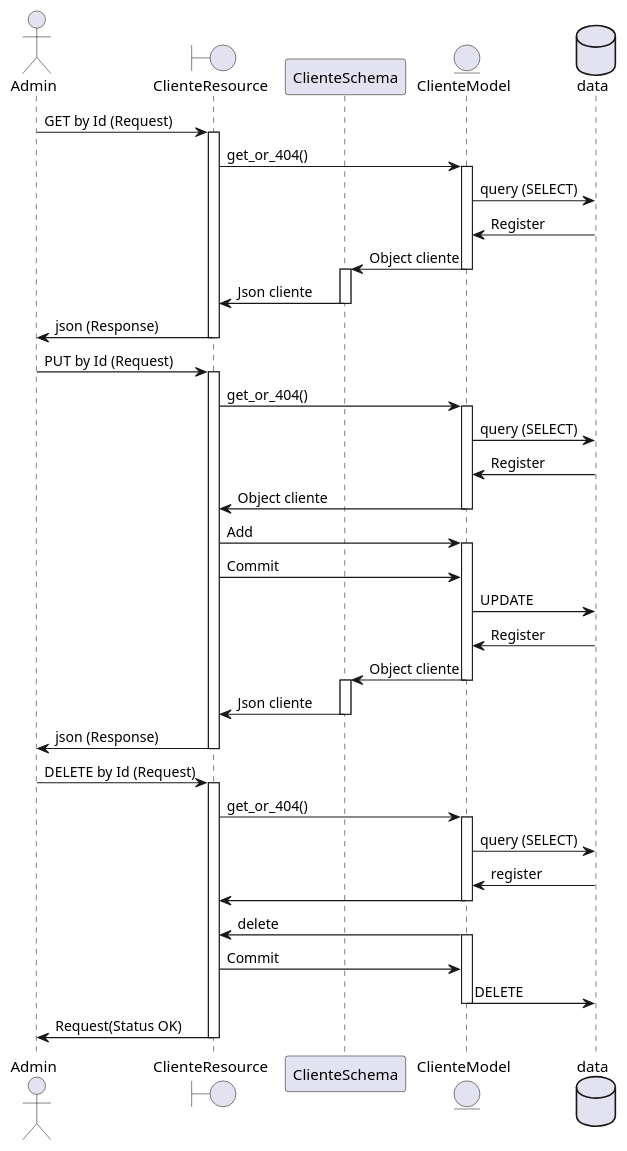
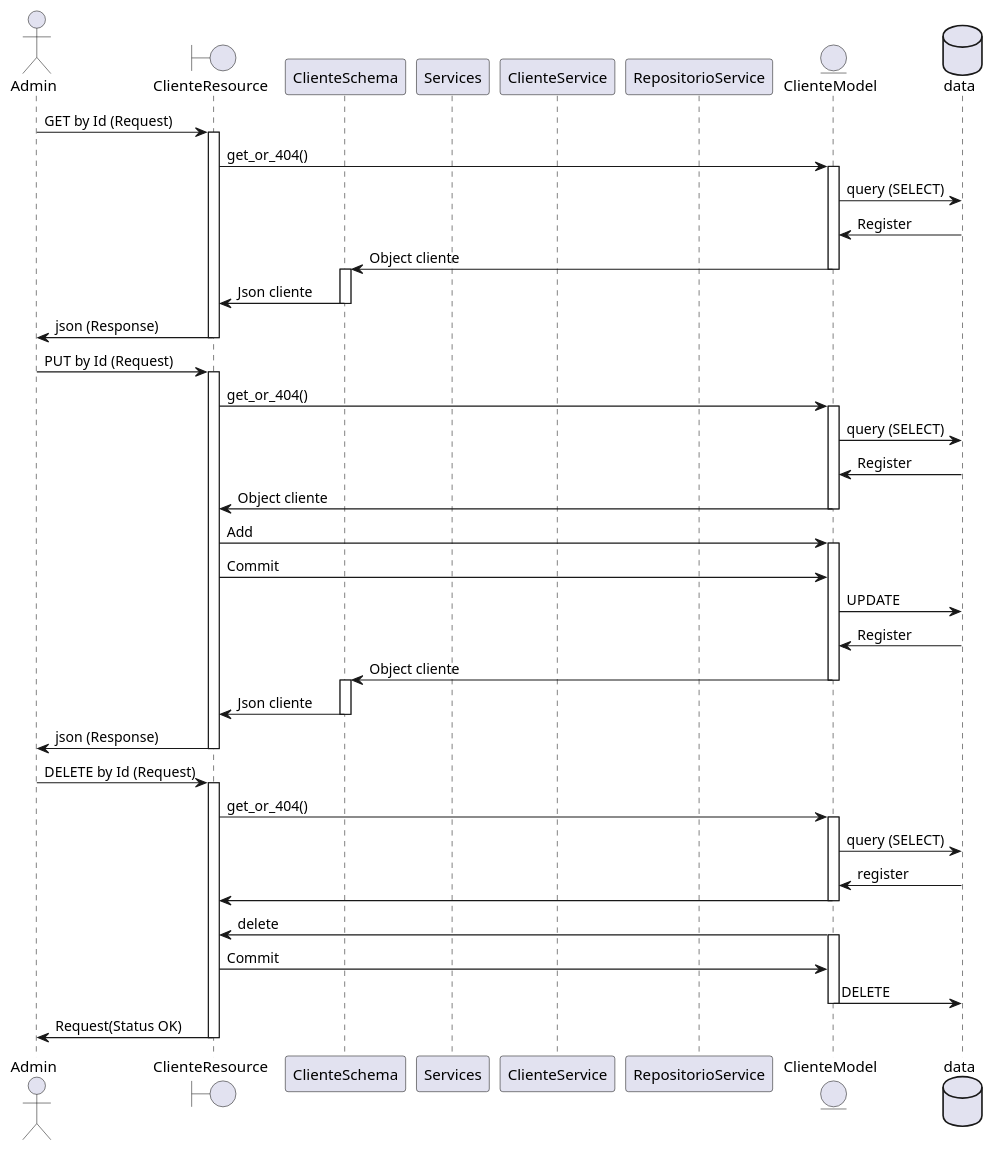
One commit to Ollyxs/Bookmaker-DS changed the diagram in docs/diagrama_de_secuencias_cliente.puml. Above: the diagram before and after it, drawn with PlantUML. The commit also changed 7 other files, not shown here.

```diff
--- a/docs/diagrama_de_secuencias_cliente.puml
+++ b/docs/diagrama_de_secuencias_cliente.puml
@@ -1,57 +1,60 @@
 @startuml
 actor Admin
 boundary ClienteResource
 participant ClienteSchema
+participant Services
+participant ClienteService
+participant RepositorioService
 entity ClienteModel
 database data
 Admin -> ClienteResource: GET by Id (Request)
 activate ClienteResource
 ClienteResource -> ClienteModel: get_or_404() 
 activate ClienteModel
 ClienteModel -> data: query (SELECT)
 ClienteModel <- data: Register
 ClienteSchema <- ClienteModel: Object cliente
 deactivate ClienteModel
 activate ClienteSchema
 ClienteResource <- ClienteSchema: Json cliente
 deactivate ClienteSchema
 Admin <- ClienteResource: json (Response)
 deactivate ClienteResource
 
 Admin -> ClienteResource: PUT by Id (Request)
 activate ClienteResource
 ClienteResource -> ClienteModel: get_or_404()
 activate ClienteModel
 ClienteModel -> data: query (SELECT)
 ClienteModel <- data: Register
 ClienteResource <- ClienteModel: Object cliente
 deactivate ClienteModel
 ClienteResource -> ClienteModel: Add
 activate ClienteModel
 ClienteResource -> ClienteModel: Commit
 ClienteModel -> data: UPDATE
 ClienteModel <- data: Register
 ClienteSchema <- ClienteModel: Object cliente
 deactivate ClienteModel
 activate ClienteSchema
 ClienteResource <- ClienteSchema: Json cliente
 deactivate ClienteSchema
 Admin <- ClienteResource: json (Response)
 deactivate ClienteResource
 
 Admin -> ClienteResource: DELETE by Id (Request)
 activate ClienteResource
 ClienteResource -> ClienteModel: get_or_404()
 activate ClienteModel
 ClienteModel -> data: query (SELECT)
 ClienteModel <- data: register
 ClienteResource <- ClienteModel
 deactivate ClienteModel
 ClienteResource <- ClienteModel: delete
 activate ClienteModel
 ClienteResource -> ClienteModel: Commit
 ClienteModel -> data: DELETE
 deactivate ClienteModel
 Admin <- ClienteResource: Request(Status OK)
 deactivate ClienteResource
 @enduml 
```
